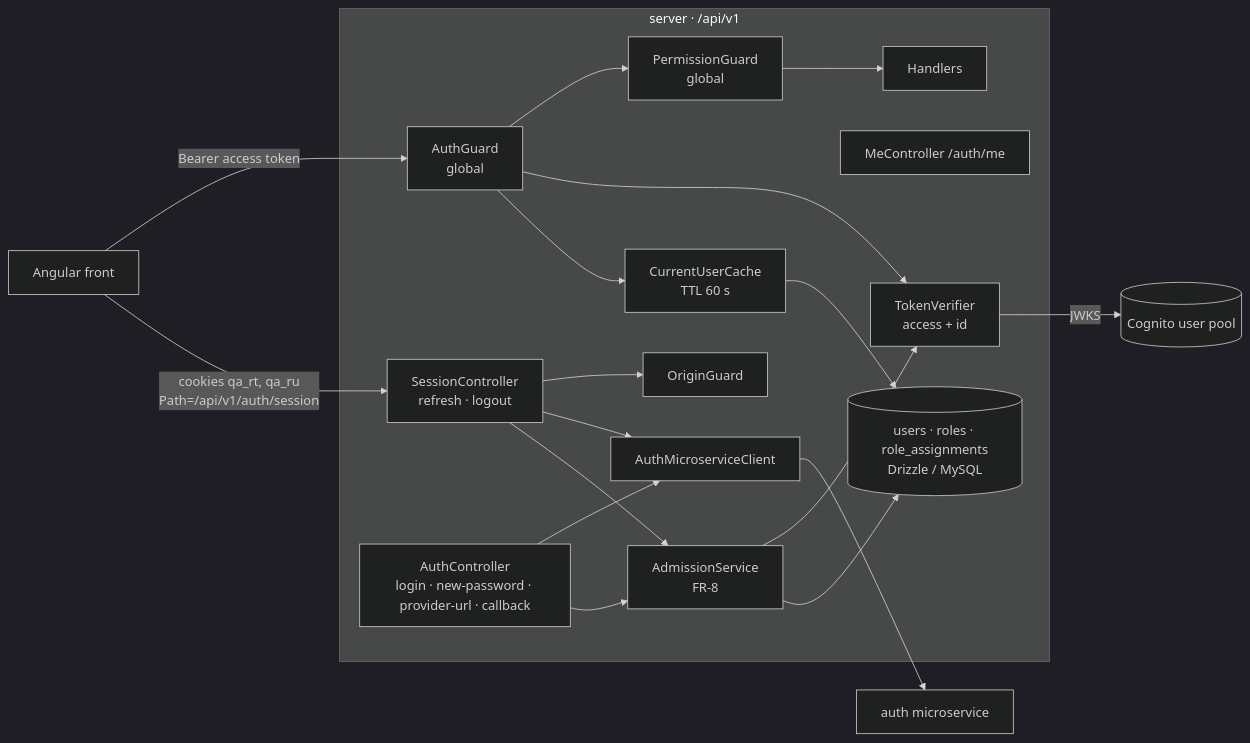
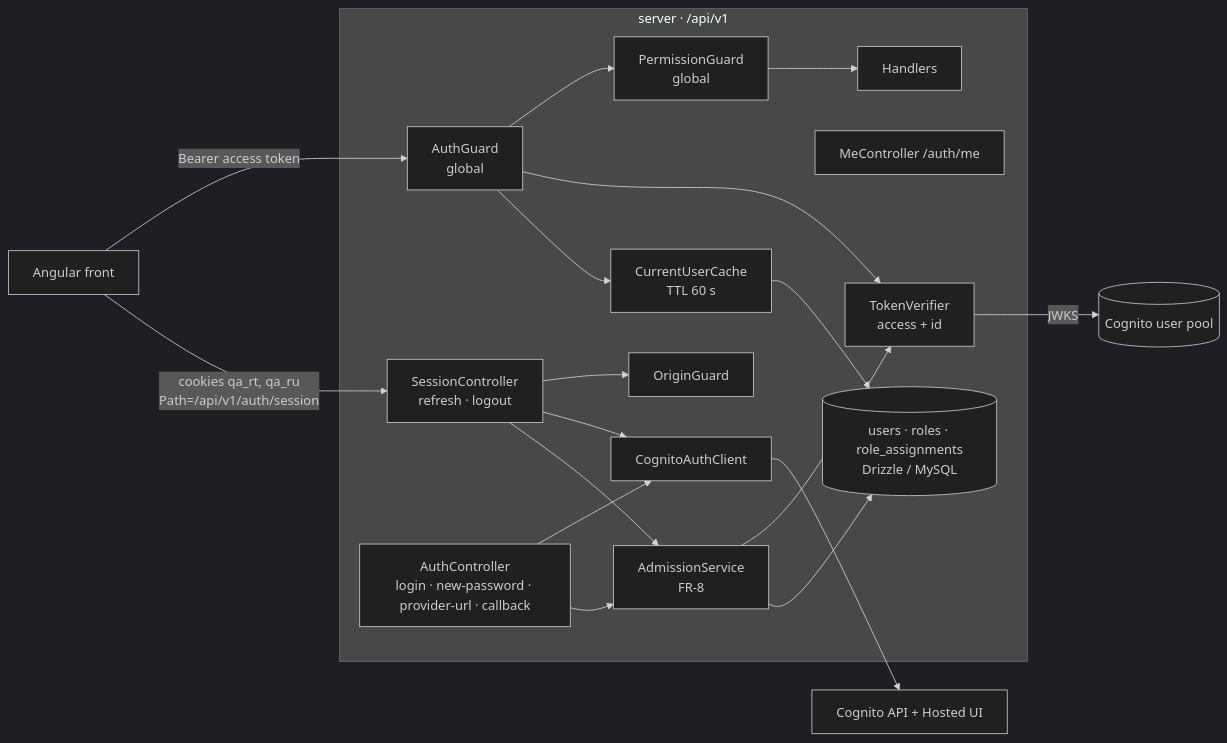
Before and after one commit to AllianceBioversityCIAT/onecgiar_qa: the diagram in docs/specs/auth/cognito-native-session/design.md, drawn with Mermaid (dark theme). The commit also changed other lines of this file and 2 other files, not shown here.

Commit message:
[SPEC:auth/cognito-native-session] 📝 docs(auth) P2-3954: pivot to direct Cognito (DD-11): amend requirements, design and tasks

````diff
--- a/docs/specs/auth/cognito-native-session/design.md
+++ b/docs/specs/auth/cognito-native-session/design.md
@@ -22,25 +22,25 @@
 ```mermaid
 flowchart LR
   FE[Angular front] -->|Bearer access token| G1
   FE -->|cookies qa_rt, qa_ru<br/>Path=/api/v1/auth/session| SC
   subgraph API[server · /api/v1]
     G1[AuthGuard<br/>global] --> G2[PermissionGuard<br/>global] --> H[Handlers]
     AC[AuthController<br/>login · new-password · provider-url · callback]
     SC[SessionController<br/>refresh · logout] --> OG[OriginGuard]
     MC[MeController /auth/me]
     AS[AdmissionService<br/>FR-8]
     TV[TokenVerifier<br/>access + id]
-    MS[AuthMicroserviceClient]
+    CG[CognitoAuthClient]
     UR[(users · roles · role_assignments<br/>Drizzle / MySQL)]
     CU[CurrentUserCache<br/>TTL 60 s]
   end
-  AC --> MS --> X[auth microservice]
+  AC --> CG --> X[Cognito API + Hosted UI]
   AC --> AS
-  SC --> MS
+  SC --> CG
   SC --> AS
   AS --> TV
   AS --> UR
   G1 --> TV
   G1 --> CU --> UR
   TV -->|JWKS| C[(Cognito user pool)]
 ```
````
